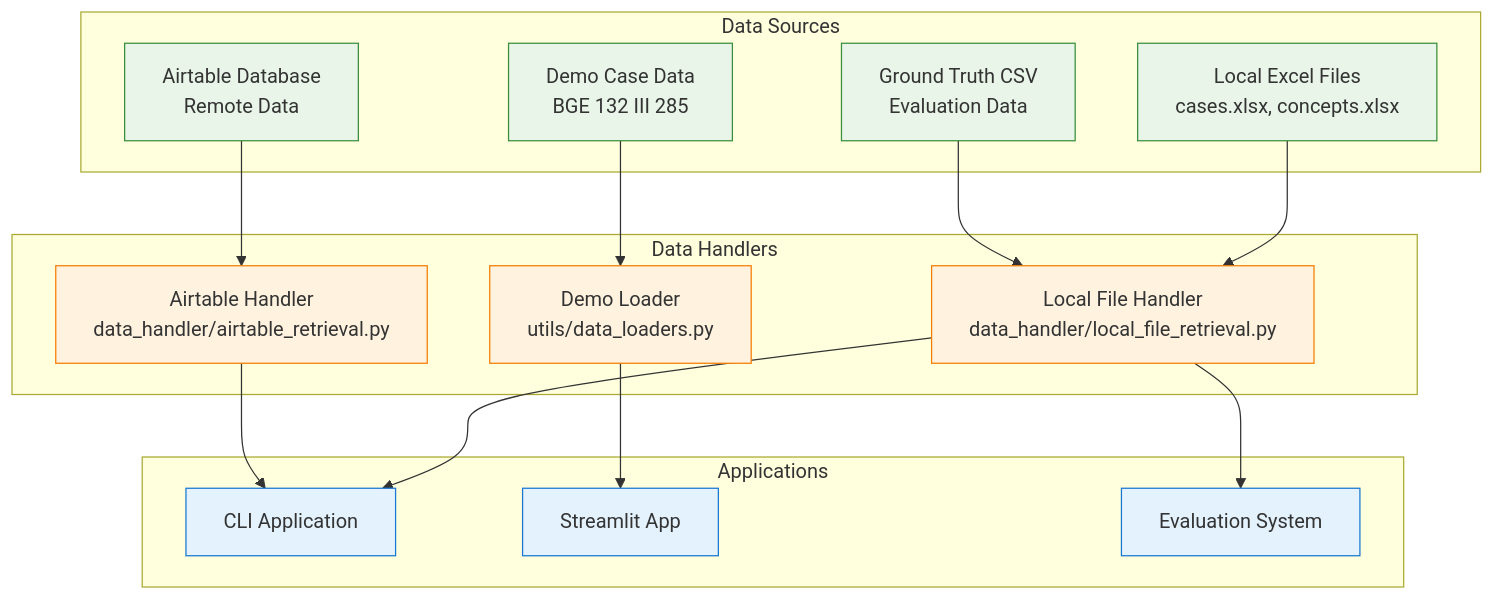
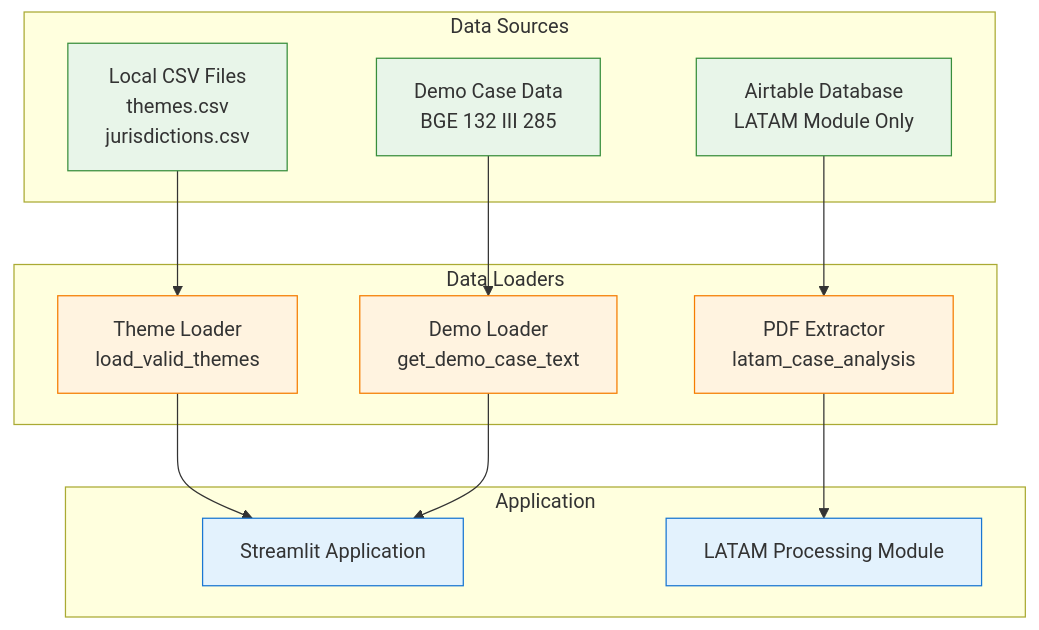
One commit to Choice-of-Law-Dataverse/cold-case-analysis changed the seventh of 7 diagrams in docs/ARCHITECTURE.md. Above: the diagram before and after it, drawn with Mermaid. The commit also changed other lines of this file and 4 other files, not shown here.

First line of the commit message:
doc: rewrite documentation to reflect current single Streamlit application structure (#31)

````diff
--- a/docs/ARCHITECTURE.md
+++ b/docs/ARCHITECTURE.md
@@ -669,39 +749,35 @@
 ```mermaid
 graph TB
     subgraph "Data Sources"
-        LocalExcel[Local Excel Files<br/>cases.xlsx, concepts.xlsx]
-        AirtableDB[Airtable Database<br/>Remote Data]
+        LocalCSV[Local CSV Files<br/>themes.csv<br/>jurisdictions.csv]
         DemoData[Demo Case Data<br/>BGE 132 III 285]
-        GroundTruth[Ground Truth CSV<br/>Evaluation Data]
+        AirtableDB[Airtable Database<br/>LATAM Module Only]
     end
     
-    subgraph "Data Handlers"
-        LocalHandler[Local File Handler<br/>data_handler/local_file_retrieval.py]
-        AirtableHandler[Airtable Handler<br/>data_handler/airtable_retrieval.py]
-        DemoLoader[Demo Loader<br/>utils/data_loaders.py]
+    subgraph "Data Loaders"
+        ThemeLoader[Theme Loader<br/>load_valid_themes]
+        DemoLoader[Demo Loader<br/>get_demo_case_text]
+        AirtableExtractor[PDF Extractor<br/>latam_case_analysis]
     end
     
-    subgraph "Applications"
-        CLIApp[CLI Application]
-        StreamlitApp[Streamlit App]
-        EvaluationSystem[Evaluation System]
+    subgraph "Application"
+        StreamlitApp[Streamlit Application]
+        LATAMModule[LATAM Processing Module]
     end
 
-    LocalExcel --> LocalHandler
-    AirtableDB --> AirtableHandler
+    LocalCSV --> ThemeLoader
     DemoData --> DemoLoader
-    GroundTruth --> LocalHandler
+    AirtableDB --> AirtableExtractor
     
-    LocalHandler --> CLIApp
-    AirtableHandler --> CLIApp
+    ThemeLoader --> StreamlitApp
     DemoLoader --> StreamlitApp
-    LocalHandler --> EvaluationSystem
+    AirtableExtractor --> LATAMModule
 
-    classDef data fill:#e8f5e8,stroke:#388e3c
-    classDef handler fill:#fff3e0,stroke:#f57c00
+    classDef data fill:#e8f5e9,stroke:#388e3c
+    classDef loader fill:#fff3e0,stroke:#f57c00
     classDef app fill:#e3f2fd,stroke:#1976d2
 
-    class LocalExcel,AirtableDB,DemoData,GroundTruth data
-    class LocalHandler,AirtableHandler,DemoLoader handler
-    class CLIApp,StreamlitApp,EvaluationSystem app
+    class LocalCSV,DemoData,AirtableDB data
+    class ThemeLoader,DemoLoader,AirtableExtractor loader
+    class StreamlitApp,LATAMModule app
 ```
````
